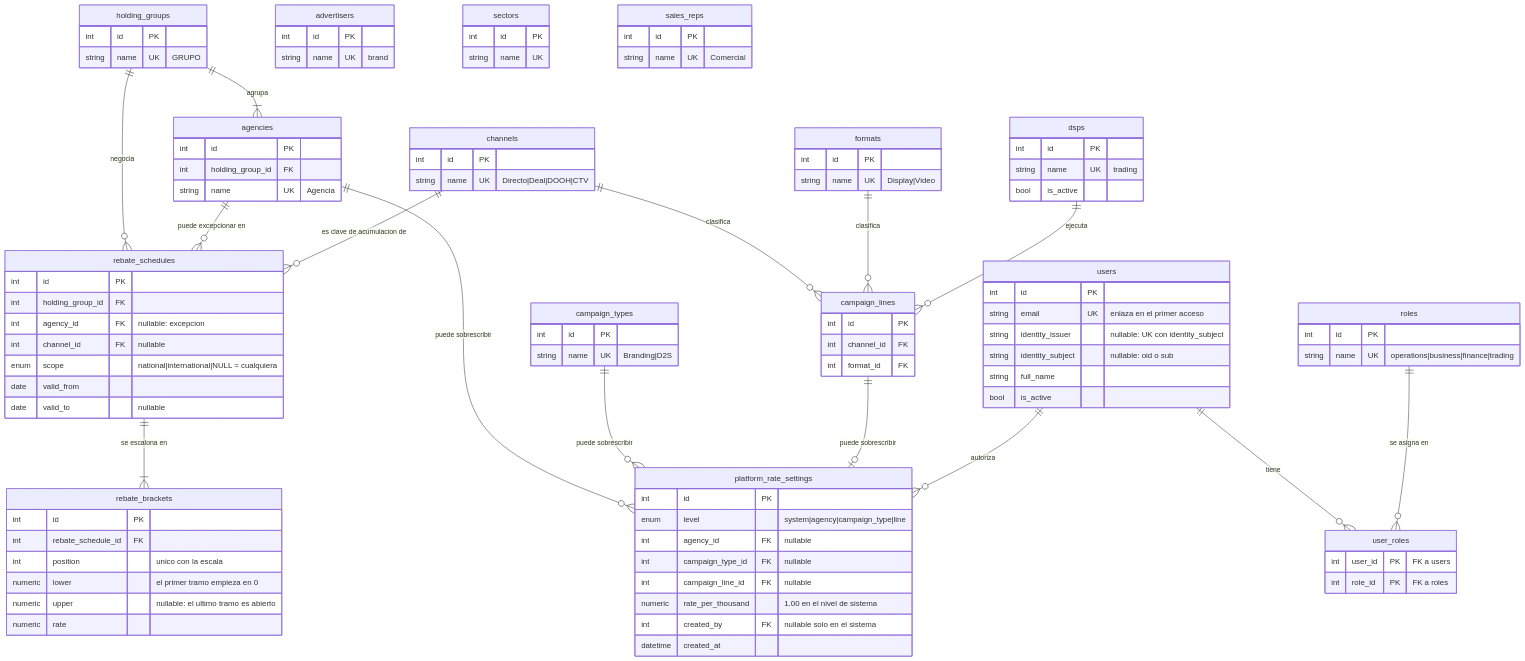
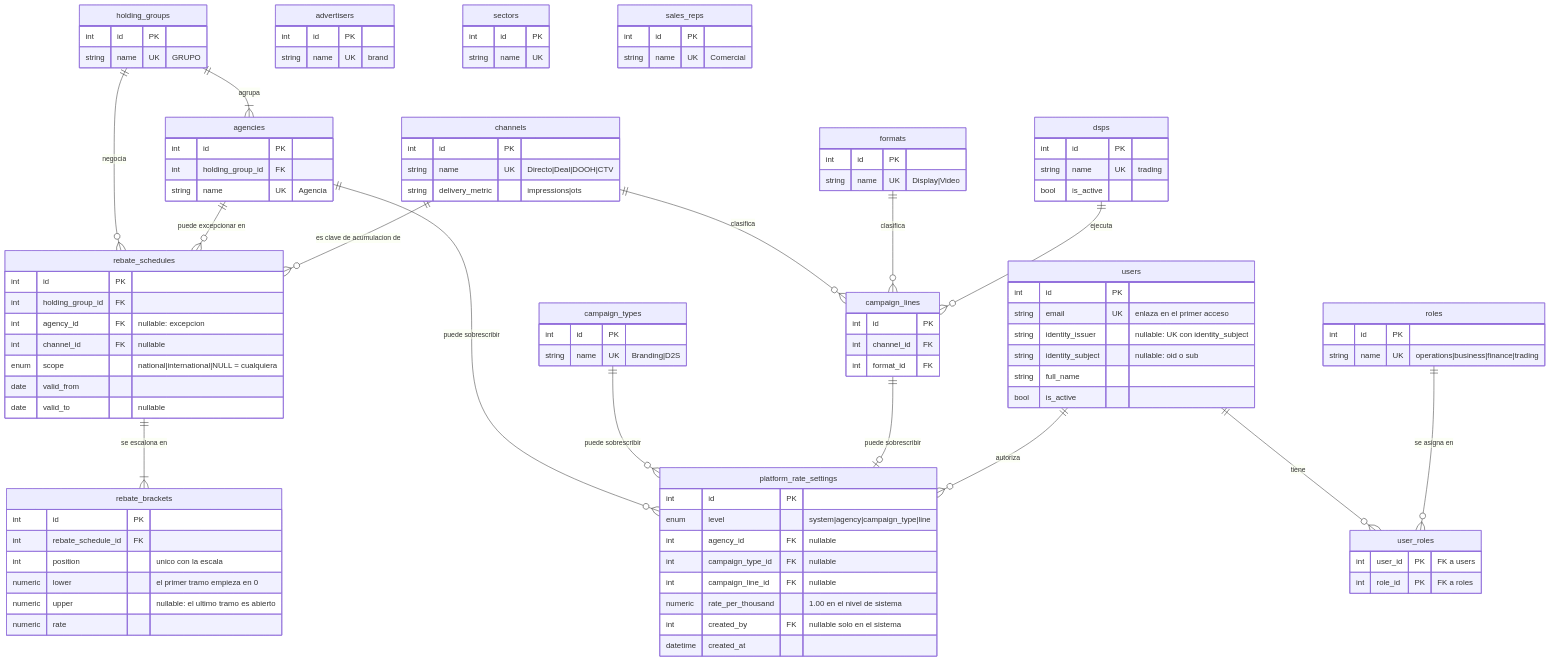
The fourth of 4 diagrams in readme.md (lfmorales/AI4Devs-finalproject-temp), drawn with Mermaid before and after one commit. The commit also changed other lines of this file and 3 other files, not shown here.

```diff
--- a/readme.md
+++ b/readme.md
@@ -818,6 +834,7 @@
     channels {
         int id PK
         string name UK "Directo|Deal|DOOH|CTV"
+        string delivery_metric "impressions|ots"
     }
     campaign_types {
         int id PK
```
